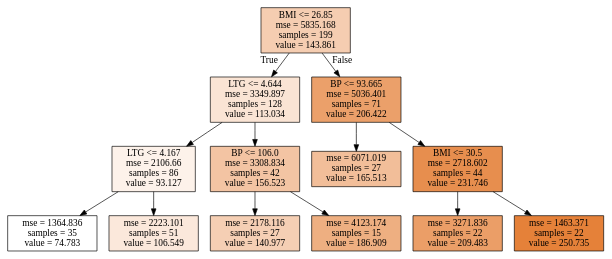
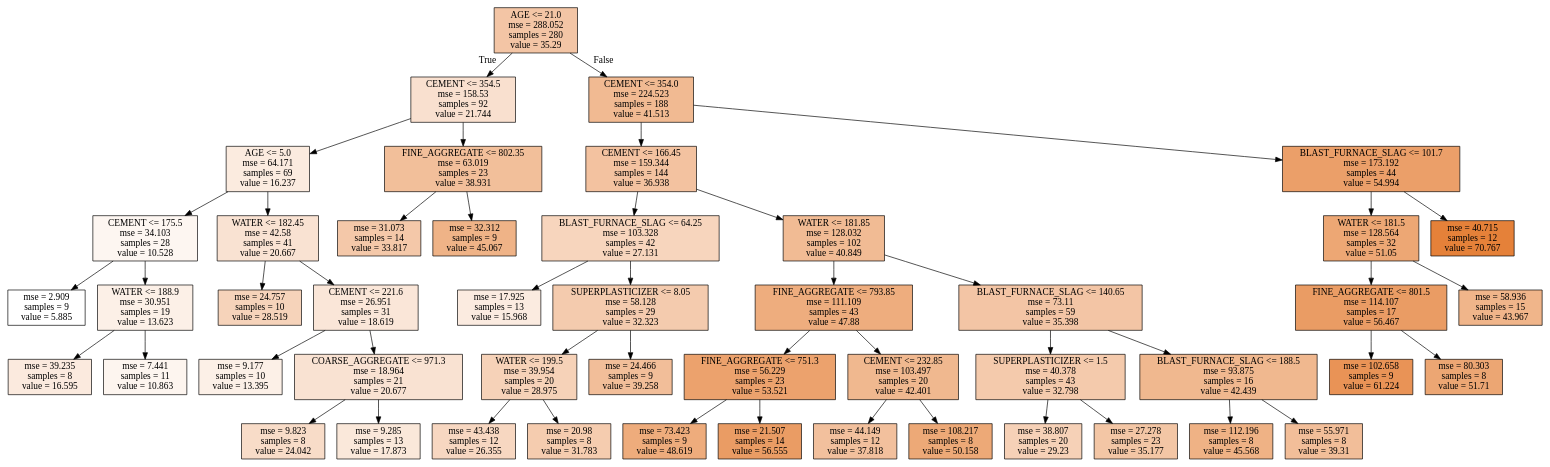
The diagram in rfr_final_1.dot (wonbae/data-analytics), drawn with Graphviz before and after one commit. The commit also changed 13 other files, not shown here.

```diff
--- a/rfr_final_1.dot
+++ b/rfr_final_1.dot
@@ -1,28 +1,100 @@
 digraph Tree {
 node [shape=box, style="filled", color="black"] ;
-0 [label="BMI <= 26.85\nmse = 5835.168\nsamples = 199\nvalue = 143.861", fillcolor="#e5813964"] ;
-1 [label="LTG <= 4.644\nmse = 3349.897\nsamples = 128\nvalue = 113.034", fillcolor="#e5813937"] ;
+0 [label="AGE <= 21.0\nmse = 288.052\nsamples = 280\nvalue = 35.29", fillcolor="#e5813974"] ;
+1 [label="CEMENT <= 354.5\nmse = 158.53\nsamples = 92\nvalue = 21.744", fillcolor="#e581393e"] ;
 0 -> 1 [labeldistance=2.5, labelangle=45, headlabel="True"] ;
-2 [label="LTG <= 4.167\nmse = 2106.66\nsamples = 86\nvalue = 93.127", fillcolor="#e581391b"] ;
+2 [label="AGE <= 5.0\nmse = 64.171\nsamples = 69\nvalue = 16.237", fillcolor="#e5813929"] ;
 1 -> 2 ;
-3 [label="mse = 1364.836\nsamples = 35\nvalue = 74.783", fillcolor="#e5813900"] ;
+3 [label="CEMENT <= 175.5\nmse = 34.103\nsamples = 28\nvalue = 10.528", fillcolor="#e5813912"] ;
 2 -> 3 ;
-4 [label="mse = 2223.101\nsamples = 51\nvalue = 106.549", fillcolor="#e581392e"] ;
-2 -> 4 ;
-5 [label="BP <= 106.0\nmse = 3308.834\nsamples = 42\nvalue = 156.523", fillcolor="#e5813976"] ;
-1 -> 5 ;
-6 [label="mse = 2178.116\nsamples = 27\nvalue = 140.977", fillcolor="#e5813960"] ;
+4 [label="mse = 2.909\nsamples = 9\nvalue = 5.885", fillcolor="#e5813900"] ;
+3 -> 4 ;
+5 [label="WATER <= 188.9\nmse = 30.951\nsamples = 19\nvalue = 13.623", fillcolor="#e581391e"] ;
+3 -> 5 ;
+6 [label="mse = 39.235\nsamples = 8\nvalue = 16.595", fillcolor="#e581392a"] ;
 5 -> 6 ;
-7 [label="mse = 4123.174\nsamples = 15\nvalue = 186.909", fillcolor="#e58139a2"] ;
+7 [label="mse = 7.441\nsamples = 11\nvalue = 10.863", fillcolor="#e5813914"] ;
 5 -> 7 ;
-8 [label="BP <= 93.665\nmse = 5036.401\nsamples = 71\nvalue = 206.422", fillcolor="#e58139bf"] ;
-0 -> 8 [labeldistance=2.5, labelangle=-45, headlabel="False"] ;
-9 [label="mse = 6071.019\nsamples = 27\nvalue = 165.513", fillcolor="#e5813983"] ;
+8 [label="WATER <= 182.45\nmse = 42.58\nsamples = 41\nvalue = 20.667", fillcolor="#e581393a"] ;
+2 -> 8 ;
+9 [label="mse = 24.757\nsamples = 10\nvalue = 28.519", fillcolor="#e5813959"] ;
 8 -> 9 ;
-10 [label="BMI <= 30.5\nmse = 2718.602\nsamples = 44\nvalue = 231.746", fillcolor="#e58139e3"] ;
+10 [label="CEMENT <= 221.6\nmse = 26.951\nsamples = 31\nvalue = 18.619", fillcolor="#e5813932"] ;
 8 -> 10 ;
-11 [label="mse = 3271.836\nsamples = 22\nvalue = 209.483", fillcolor="#e58139c3"] ;
+11 [label="mse = 9.177\nsamples = 10\nvalue = 13.395", fillcolor="#e581391e"] ;
 10 -> 11 ;
-12 [label="mse = 1463.371\nsamples = 22\nvalue = 250.735", fillcolor="#e58139ff"] ;
+12 [label="COARSE_AGGREGATE <= 971.3\nmse = 18.964\nsamples = 21\nvalue = 20.677", fillcolor="#e581393a"] ;
 10 -> 12 ;
+13 [label="mse = 9.823\nsamples = 8\nvalue = 24.042", fillcolor="#e5813947"] ;
+12 -> 13 ;
+14 [label="mse = 9.285\nsamples = 13\nvalue = 17.873", fillcolor="#e581392f"] ;
+12 -> 14 ;
+15 [label="FINE_AGGREGATE <= 802.35\nmse = 63.019\nsamples = 23\nvalue = 38.931", fillcolor="#e5813982"] ;
+1 -> 15 ;
+16 [label="mse = 31.073\nsamples = 14\nvalue = 33.817", fillcolor="#e581396e"] ;
+15 -> 16 ;
+17 [label="mse = 32.312\nsamples = 9\nvalue = 45.067", fillcolor="#e581399a"] ;
+15 -> 17 ;
+18 [label="CEMENT <= 354.0\nmse = 224.523\nsamples = 188\nvalue = 41.513", fillcolor="#e581398c"] ;
+0 -> 18 [labeldistance=2.5, labelangle=-45, headlabel="False"] ;
+19 [label="CEMENT <= 166.45\nmse = 159.344\nsamples = 144\nvalue = 36.938", fillcolor="#e581397a"] ;
+18 -> 19 ;
+20 [label="BLAST_FURNACE_SLAG <= 64.25\nmse = 103.328\nsamples = 42\nvalue = 27.131", fillcolor="#e5813954"] ;
+19 -> 20 ;
+21 [label="mse = 17.925\nsamples = 13\nvalue = 15.968", fillcolor="#e5813928"] ;
+20 -> 21 ;
+22 [label="SUPERPLASTICIZER <= 8.05\nmse = 58.128\nsamples = 29\nvalue = 32.323", fillcolor="#e5813968"] ;
+20 -> 22 ;
+23 [label="WATER <= 199.5\nmse = 39.954\nsamples = 20\nvalue = 28.975", fillcolor="#e581395b"] ;
+22 -> 23 ;
+24 [label="mse = 43.438\nsamples = 12\nvalue = 26.355", fillcolor="#e5813950"] ;
+23 -> 24 ;
+25 [label="mse = 20.98\nsamples = 8\nvalue = 31.783", fillcolor="#e5813966"] ;
+23 -> 25 ;
+26 [label="mse = 24.466\nsamples = 9\nvalue = 39.258", fillcolor="#e5813983"] ;
+22 -> 26 ;
+27 [label="WATER <= 181.85\nmse = 128.032\nsamples = 102\nvalue = 40.849", fillcolor="#e5813989"] ;
+19 -> 27 ;
+28 [label="FINE_AGGREGATE <= 793.85\nmse = 111.109\nsamples = 43\nvalue = 47.88", fillcolor="#e58139a5"] ;
+27 -> 28 ;
+29 [label="FINE_AGGREGATE <= 751.3\nmse = 56.229\nsamples = 23\nvalue = 53.521", fillcolor="#e58139bb"] ;
+28 -> 29 ;
+30 [label="mse = 73.423\nsamples = 9\nvalue = 48.619", fillcolor="#e58139a8"] ;
+29 -> 30 ;
+31 [label="mse = 21.507\nsamples = 14\nvalue = 56.555", fillcolor="#e58139c7"] ;
+29 -> 31 ;
+32 [label="CEMENT <= 232.85\nmse = 103.497\nsamples = 20\nvalue = 42.401", fillcolor="#e5813990"] ;
+28 -> 32 ;
+33 [label="mse = 44.149\nsamples = 12\nvalue = 37.818", fillcolor="#e581397e"] ;
+32 -> 33 ;
+34 [label="mse = 108.217\nsamples = 8\nvalue = 50.158", fillcolor="#e58139ae"] ;
+32 -> 34 ;
+35 [label="BLAST_FURNACE_SLAG <= 140.65\nmse = 73.11\nsamples = 59\nvalue = 35.398", fillcolor="#e5813974"] ;
+27 -> 35 ;
+36 [label="SUPERPLASTICIZER <= 1.5\nmse = 40.378\nsamples = 43\nvalue = 32.798", fillcolor="#e581396a"] ;
+35 -> 36 ;
+37 [label="mse = 38.807\nsamples = 20\nvalue = 29.23", fillcolor="#e581395c"] ;
+36 -> 37 ;
+38 [label="mse = 27.278\nsamples = 23\nvalue = 35.177", fillcolor="#e5813973"] ;
+36 -> 38 ;
+39 [label="BLAST_FURNACE_SLAG <= 188.5\nmse = 93.875\nsamples = 16\nvalue = 42.439", fillcolor="#e5813990"] ;
+35 -> 39 ;
+40 [label="mse = 112.196\nsamples = 8\nvalue = 45.568", fillcolor="#e581399c"] ;
+39 -> 40 ;
+41 [label="mse = 55.971\nsamples = 8\nvalue = 39.31", fillcolor="#e5813983"] ;
+39 -> 41 ;
+42 [label="BLAST_FURNACE_SLAG <= 101.7\nmse = 173.192\nsamples = 44\nvalue = 54.994", fillcolor="#e58139c1"] ;
+18 -> 42 ;
+43 [label="WATER <= 181.5\nmse = 128.564\nsamples = 32\nvalue = 51.05", fillcolor="#e58139b2"] ;
+42 -> 43 ;
+44 [label="FINE_AGGREGATE <= 801.5\nmse = 114.107\nsamples = 17\nvalue = 56.467", fillcolor="#e58139c7"] ;
+43 -> 44 ;
+45 [label="mse = 102.658\nsamples = 9\nvalue = 61.224", fillcolor="#e58139d9"] ;
+44 -> 45 ;
+46 [label="mse = 80.303\nsamples = 8\nvalue = 51.71", fillcolor="#e58139b4"] ;
+44 -> 46 ;
+47 [label="mse = 58.936\nsamples = 15\nvalue = 43.967", fillcolor="#e5813996"] ;
+43 -> 47 ;
+48 [label="mse = 40.715\nsamples = 12\nvalue = 70.767", fillcolor="#e58139ff"] ;
+42 -> 48 ;
 }
```
